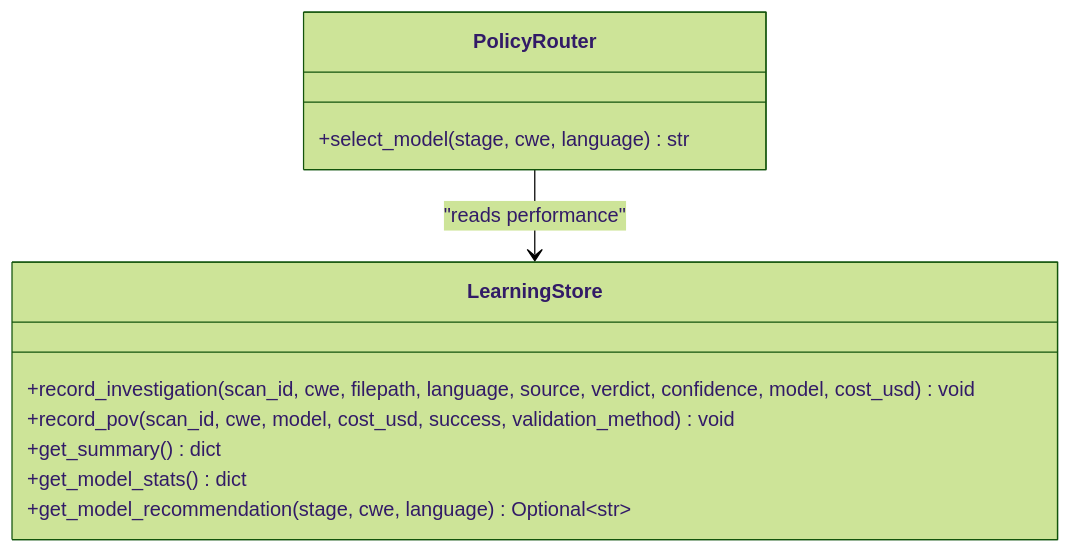
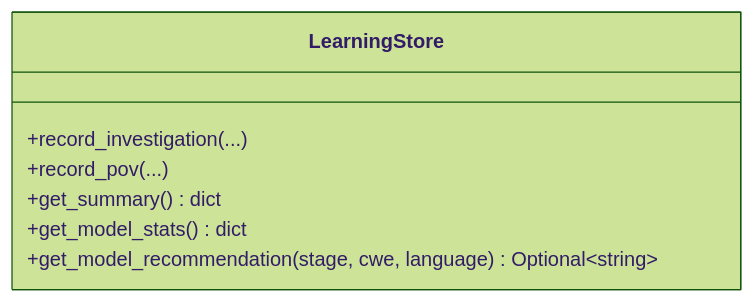
Before and after one commit to keysight-anya/AutoPoV: the seventh of 10 diagrams in .qoder/repowiki/en/content/Architecture & Design/Architecture & Design.md, drawn with Mermaid (forest theme). The commit also changed other lines of this file and 150 other files, not shown here.

````diff
--- a/.qoder/repowiki/en/content/Architecture & Design/Architecture & Design.md
+++ b/.qoder/repowiki/en/content/Architecture & Design/Architecture & Design.md
@@ -275,14 +344,10 @@
 ```mermaid
 classDiagram
-class PolicyRouter {
-+select_model(stage, cwe, language) str
-}
 class LearningStore {
-+record_investigation(scan_id, cwe, filepath, language, source, verdict, confidence, model, cost_usd) void
-+record_pov(scan_id, cwe, model, cost_usd, success, validation_method) void
++record_investigation(...)
++record_pov(...)
 +get_summary() dict
 +get_model_stats() dict
-+get_model_recommendation(stage, cwe, language) Optional~str~
++get_model_recommendation(stage, cwe, language) Optional~string~
 }
-PolicyRouter --> LearningStore : "reads performance"
 ```
````
